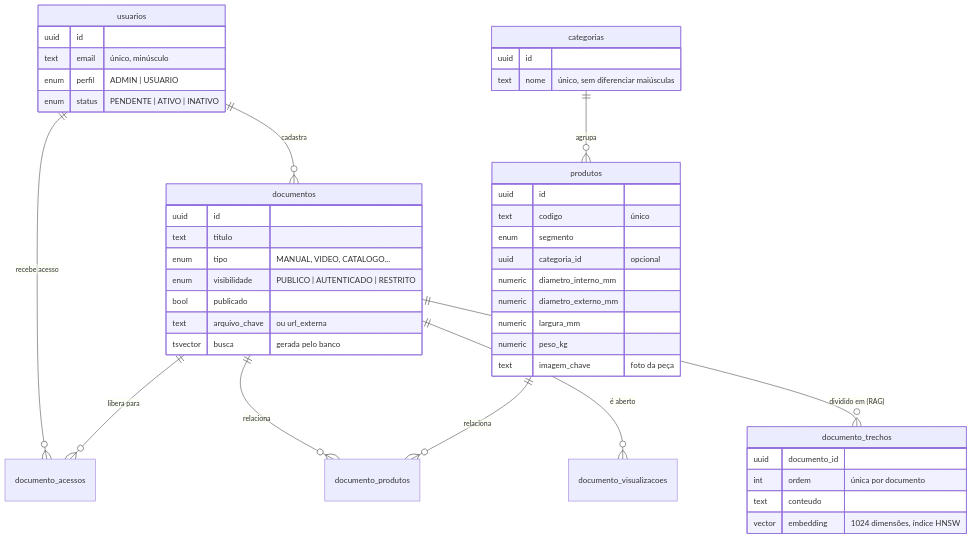
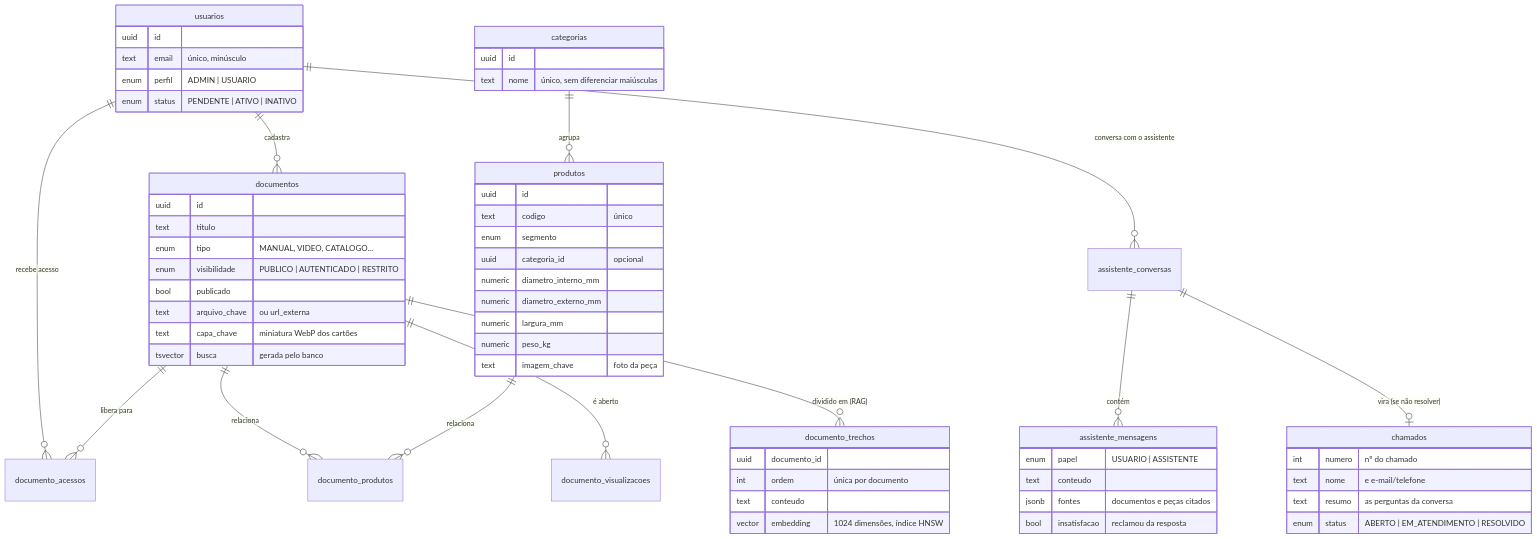
One commit to LxzCunha/Fersa-Care changed the second of 2 diagrams in README.md. Above: the diagram before and after it, drawn with Mermaid. The commit also changed other lines of this file and 131 other files, not shown here.

````diff
--- a/README.md
+++ b/README.md
@@ -202,47 +219,63 @@
 ```mermaid
 erDiagram
   usuarios ||--o{ documentos : cadastra
   usuarios ||--o{ documento_acessos : "recebe acesso"
   documentos ||--o{ documento_acessos : "libera para"
   documentos ||--o{ documento_produtos : "relaciona"
   produtos ||--o{ documento_produtos : "relaciona"
   categorias ||--o{ produtos : agrupa
   documentos ||--o{ documento_visualizacoes : "é aberto"
   documentos ||--o{ documento_trechos : "dividido em (RAG)"
+  usuarios ||--o{ assistente_conversas : "conversa com o assistente"
+  assistente_conversas ||--o{ assistente_mensagens : contém
+  assistente_conversas ||--o| chamados : "vira (se não resolver)"
   usuarios {
     uuid id
     text email "único, minúsculo"
     enum perfil "ADMIN | USUARIO"
     enum status "PENDENTE | ATIVO | INATIVO"
   }
   documentos {
     uuid id
     text titulo
     enum tipo "MANUAL, VIDEO, CATALOGO..."
     enum visibilidade "PUBLICO | AUTENTICADO | RESTRITO"
     bool publicado
     text arquivo_chave "ou url_externa"
+    text capa_chave "miniatura WebP dos cartões"
     tsvector busca "gerada pelo banco"
   }
   produtos {
     uuid id
     text codigo "único"
     enum segmento
     uuid categoria_id "opcional"
     numeric diametro_interno_mm
     numeric diametro_externo_mm
     numeric largura_mm
     numeric peso_kg
     text imagem_chave "foto da peça"
   }
   categorias {
     uuid id
     text nome "único, sem diferenciar maiúsculas"
   }
   documento_trechos {
     uuid documento_id
     int ordem "única por documento"
     text conteudo
     vector embedding "1024 dimensões, índice HNSW"
   }
+  assistente_mensagens {
+    enum papel "USUARIO | ASSISTENTE"
+    text conteudo
+    jsonb fontes "documentos e peças citados"
+    bool insatisfacao "reclamou da resposta"
+  }
+  chamados {
+    int numero "nº do chamado"
+    text nome "e e-mail/telefone"
+    text resumo "as perguntas da conversa"
+    enum status "ABERTO | EM_ATENDIMENTO | RESOLVIDO"
+  }
 ```
````
